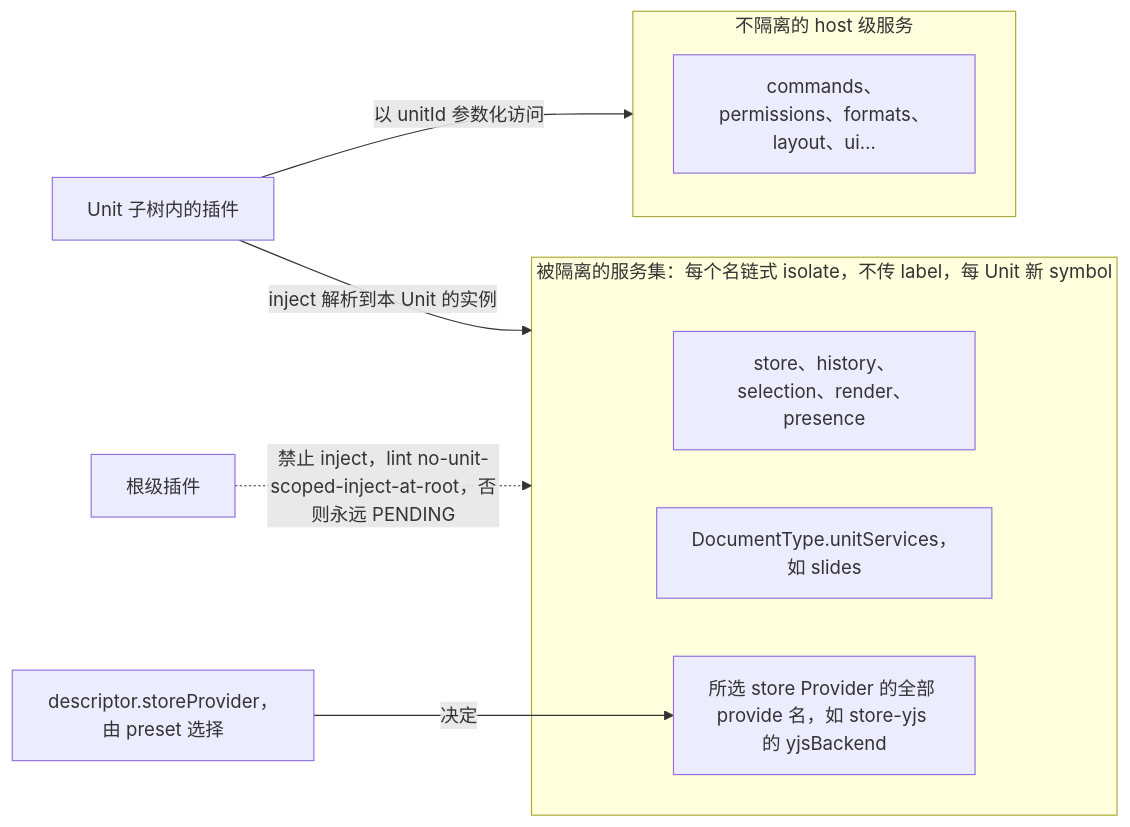
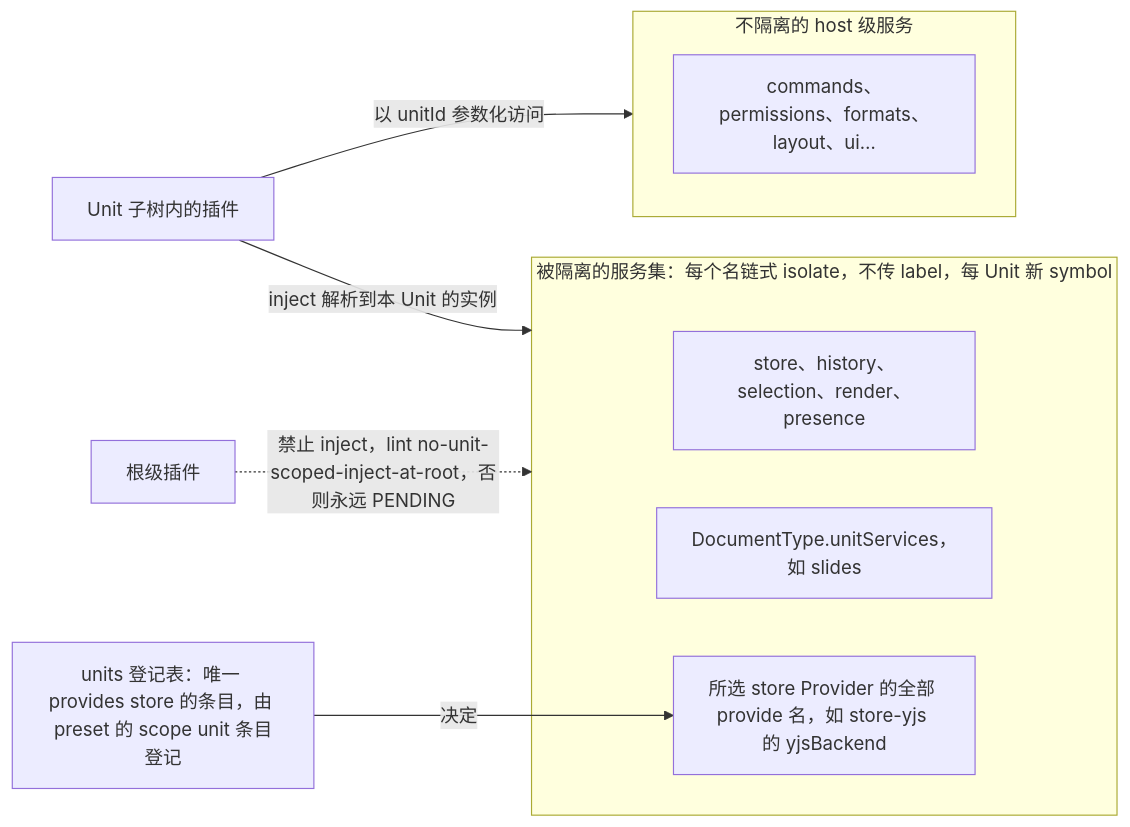
The second of 2 diagrams in docs/30-architecture/adr/0005-unit-scope-via-isolate.md (Xeonice/cordis-ppt-editor), drawn with Mermaid before and after one commit. The commit also changed other lines of this file and 59 other files, not shown here.

````diff
--- a/docs/30-architecture/adr/0005-unit-scope-via-isolate.md
+++ b/docs/30-architecture/adr/0005-unit-scope-via-isolate.md
@@ -48,15 +48,15 @@
 ```mermaid
 flowchart LR
   subgraph isoSet["被隔离的服务集：每个名链式 isolate，不传 label，每 Unit 新 symbol"]
     fixedFive["store、history、selection、render、presence"]
     unitSvc["DocumentType.unitServices，如 slides"]
     providerSvc["所选 store Provider 的全部 provide 名，如 store-yjs 的 yjsBackend"]
   end
   subgraph hostSet["不隔离的 host 级服务"]
     sharedSvc["commands、permissions、formats、layout、ui…"]
   end
   unitSubtree["Unit 子树内的插件"] -- "inject 解析到本 Unit 的实例" --> isoSet
   unitSubtree -- "以 unitId 参数化访问" --> hostSet
   rootPlugin["根级插件"] -. "禁止 inject，lint no-unit-scoped-inject-at-root，否则永远 PENDING" .-> isoSet
-  descriptor["descriptor.storeProvider，由 preset 选择"] -- "决定" --> providerSvc
+  registry["units 登记表：唯一 provides store 的条目，由 preset 的 scope unit 条目登记"] -- "决定" --> providerSvc
 ```
````
